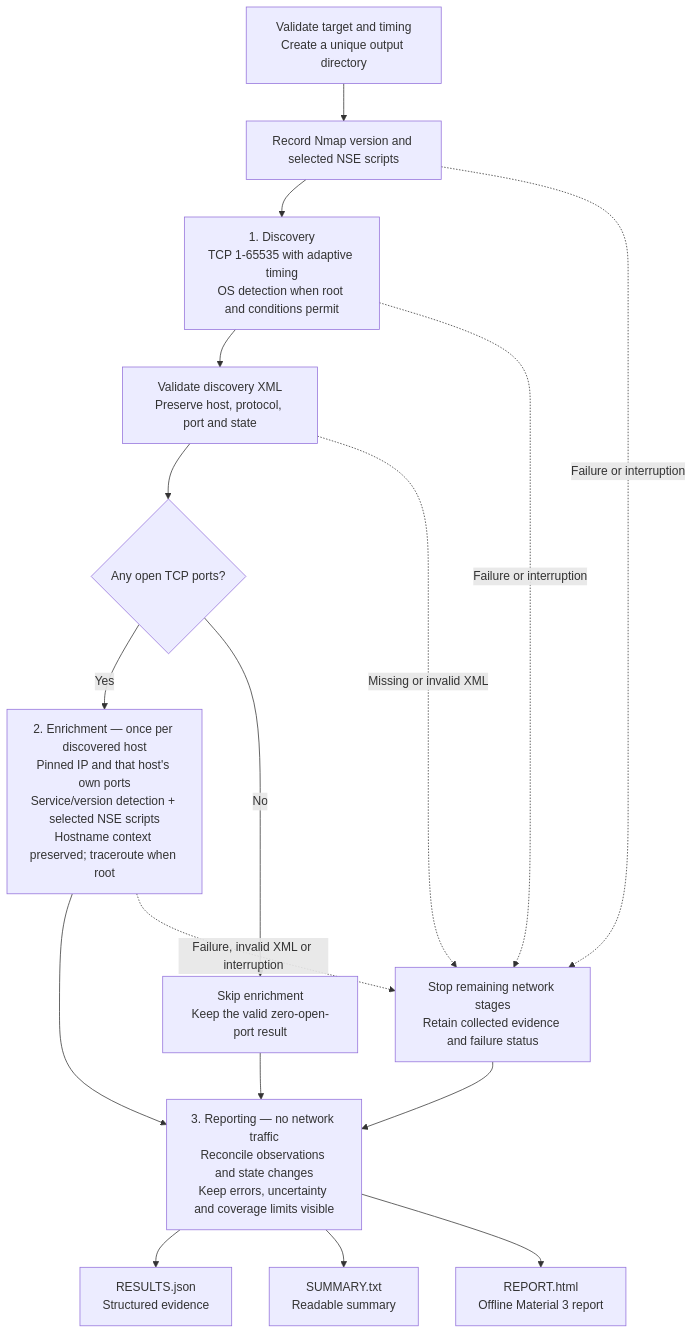
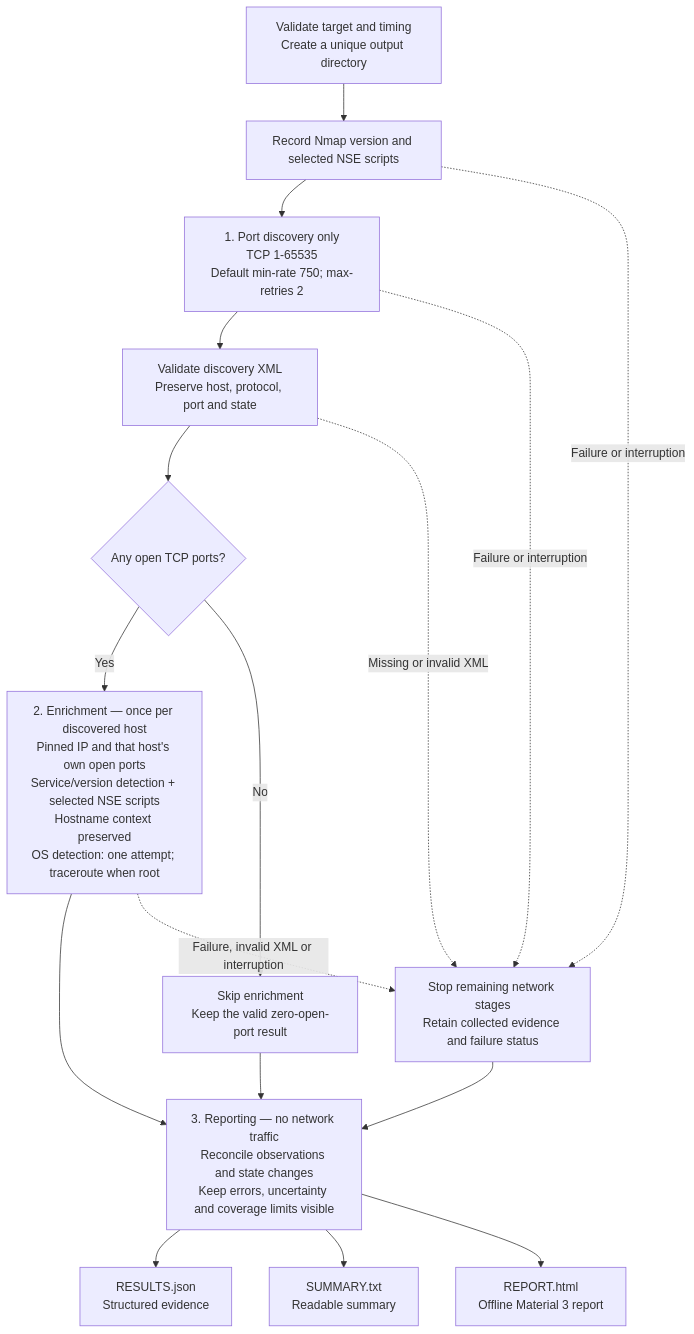
Before and after one commit to PekSec/nmap-cascade: the diagram in README.md, drawn with Mermaid. The commit also changed other lines of this file and 3 other files, not shown here.

Commit message:
fix: restore fast port-only discovery before targeted analysis

````diff
--- a/README.md
+++ b/README.md
@@ -5,27 +5,27 @@
 ```mermaid
 flowchart TD
     Input["Validate target and timing<br/>Create a unique output directory"]
     Policy["Record Nmap version and selected NSE scripts"]
-    Discovery["1. Discovery<br/>TCP 1-65535 with adaptive timing<br/>OS detection when root and conditions permit"]
+    Discovery["1. Port discovery only<br/>TCP 1-65535<br/>Default min-rate 750; max-retries 2"]
     XML["Validate discovery XML<br/>Preserve host, protocol, port and state"]
     Ports{"Any open TCP ports?"}
-    Enrichment["2. Enrichment — once per discovered host<br/>Pinned IP and that host's own ports<br/>Service/version detection + selected NSE scripts<br/>Hostname context preserved; traceroute when root"]
+    Enrichment["2. Enrichment — once per discovered host<br/>Pinned IP and that host's own open ports<br/>Service/version detection + selected NSE scripts<br/>Hostname context preserved<br/>OS detection: one attempt; traceroute when root"]
     Empty["Skip enrichment<br/>Keep the valid zero-open-port result"]
     Partial["Stop remaining network stages<br/>Retain collected evidence and failure status"]
     Report["3. Reporting — no network traffic<br/>Reconcile observations and state changes<br/>Keep errors, uncertainty and coverage limits visible"]
     JSON["RESULTS.json<br/>Structured evidence"]
     Text["SUMMARY.txt<br/>Readable summary"]
     HTML["REPORT.html<br/>Offline Material 3 report"]
 
     Input --> Policy --> Discovery --> XML --> Ports
     Ports -->|Yes| Enrichment --> Report
     Ports -->|No| Empty --> Report
     Policy -.->|Failure or interruption| Partial
     Discovery -.->|Failure or interruption| Partial
     XML -.->|Missing or invalid XML| Partial
     Enrichment -.->|Failure, invalid XML or interruption| Partial
     Partial --> Report
     Report --> JSON
     Report --> Text
     Report --> HTML
 ```
````
